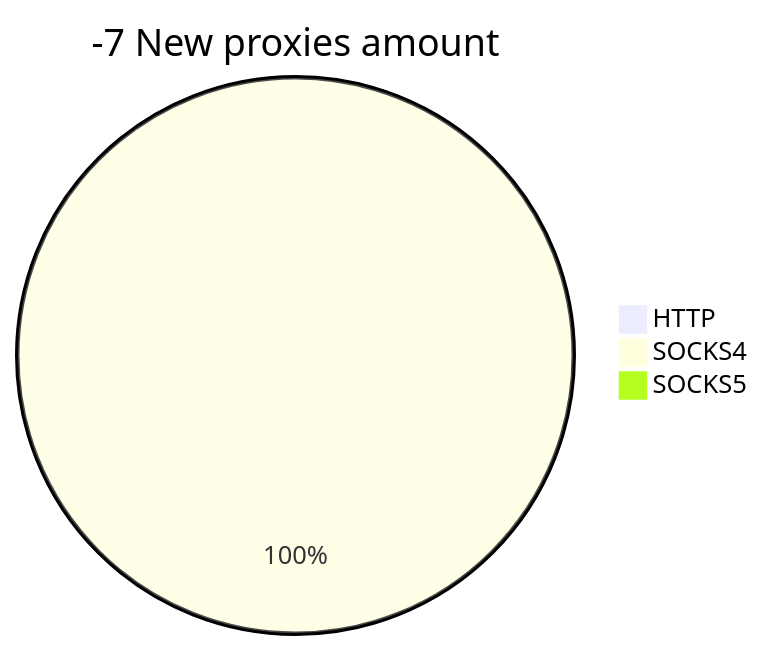
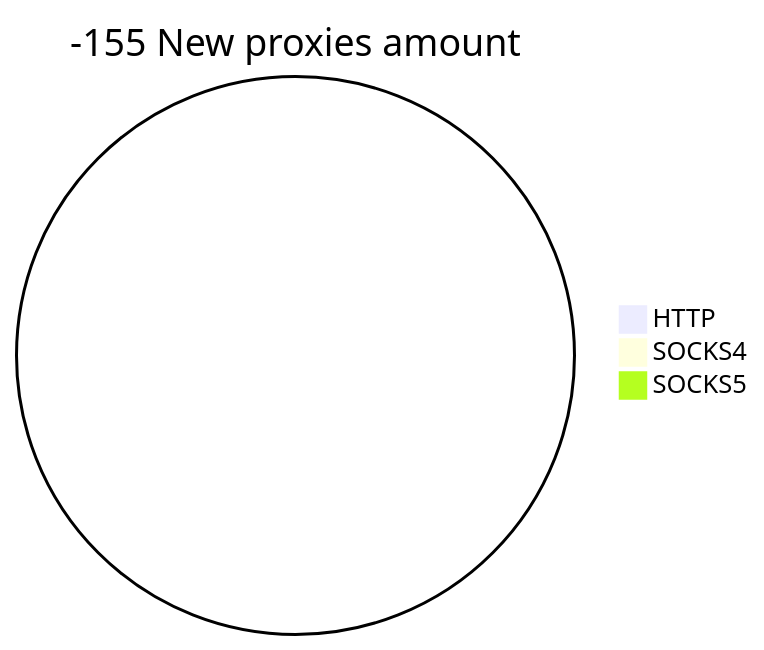
One commit to cutipu/proxylist changed the second of 2 diagrams in README.md. Above: the diagram before and after it, drawn with Mermaid. The commit also changed other lines of this file, not shown here.

````diff
--- a/README.md
+++ b/README.md
@@ -10,6 +10,6 @@
 ```mermaid
-pie title -7 New proxies amount
+pie title -155 New proxies amount
     "HTTP" : 0
-    "SOCKS4" : 1
+    "SOCKS4" : 0
     "SOCKS5" : 0
 ```
````
